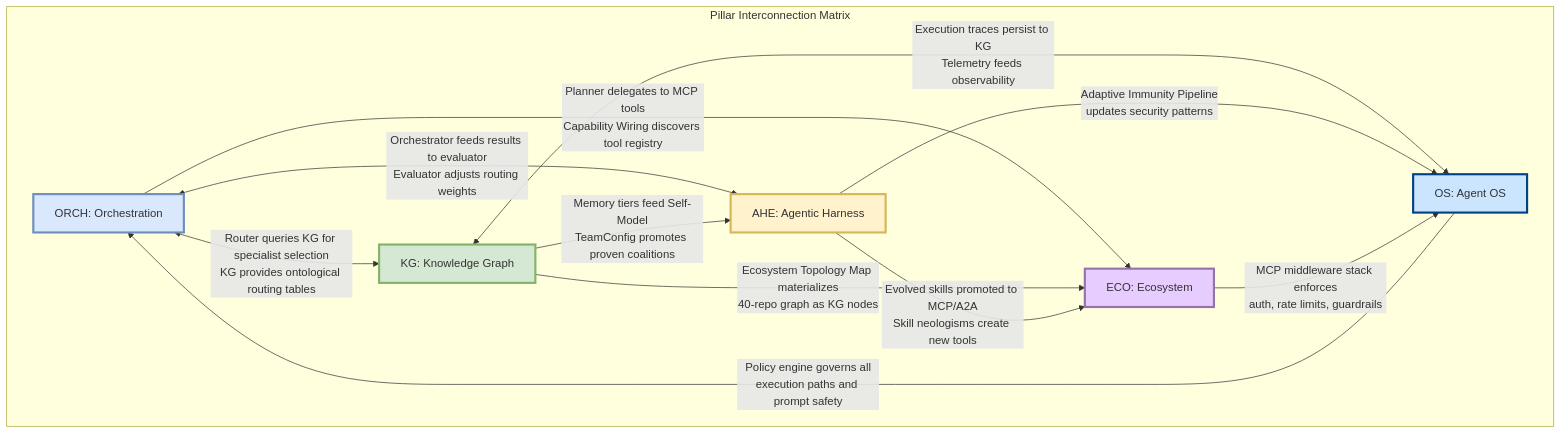
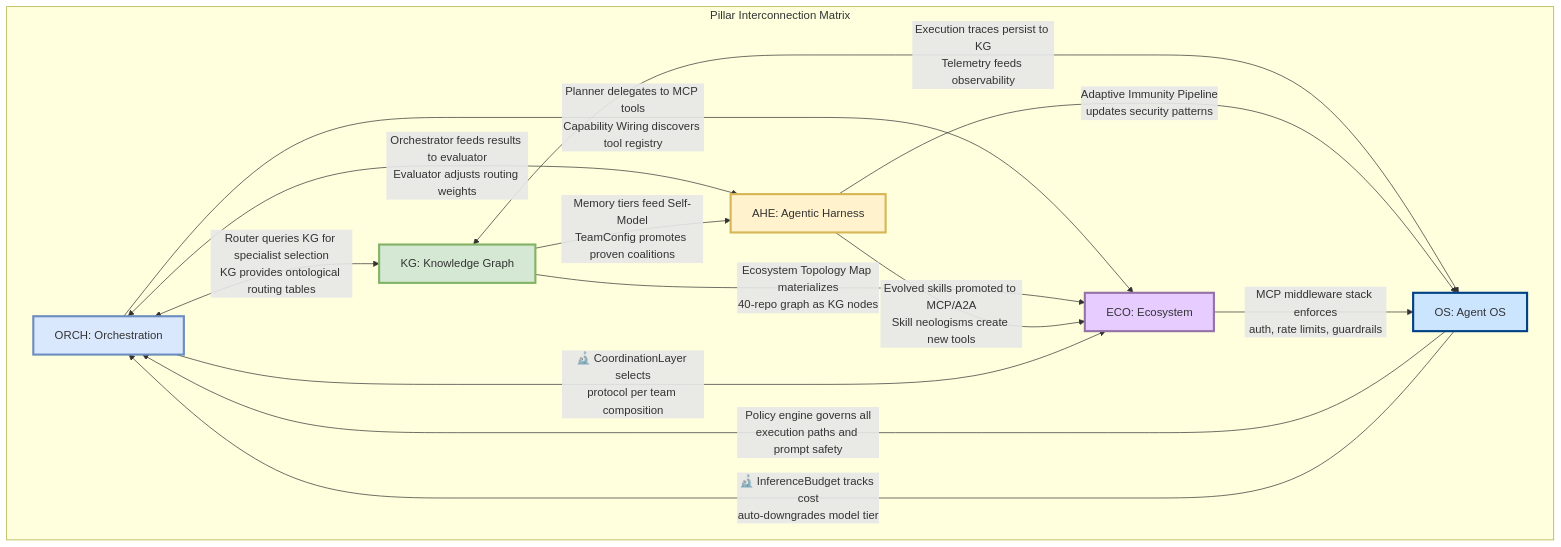
One commit to Knuckles-Team/agent-utilities changed the ninth of 9 diagrams in docs/pillars/architecture_c4.md. Above: the diagram before and after it, drawn with Mermaid. The commit also changed other lines of this file and 234 other files, not shown here.

````diff
--- a/docs/pillars/architecture_c4.md
+++ b/docs/pillars/architecture_c4.md
@@ -211,31 +269,33 @@
 ```mermaid
 graph TD
     subgraph "Pillar Interconnection Matrix"
         P1["ORCH: Orchestration"]
         P2["KG: Knowledge Graph"]
         P3["AHE: Agentic Harness"]
         P4["ECO: Ecosystem"]
         P5["OS: Agent OS"]
     end
 
     P1 <-->|"Router queries KG for specialist selection<br/>KG provides ontological routing tables"| P2
     P1 -->|"Planner delegates to MCP tools<br/>Capability Wiring discovers tool registry"| P4
     P1 <-->|"Orchestrator feeds results to evaluator<br/>Evaluator adjusts routing weights"| P3
 
     P2 -->|"Memory tiers feed Self-Model<br/>TeamConfig promotes proven coalitions"| P3
     P2 -->|"Ecosystem Topology Map materializes<br/>40-repo graph as KG nodes"| P4
     P2 <-->|"Execution traces persist to KG<br/>Telemetry feeds observability"| P5
 
     P3 -->|"Evolved skills promoted to MCP/A2A<br/>Skill neologisms create new tools"| P4
     P3 -->|"Adaptive Immunity Pipeline<br/>updates security patterns"| P5
 
     P4 -->|"MCP middleware stack enforces<br/>auth, rate limits, guardrails"| P5
 
     P5 -->|"Policy engine governs all<br/>execution paths and prompt safety"| P1
+    P5 -->|"🔬 InferenceBudget tracks cost<br/>auto-downgrades model tier"| P1
+    P1 -->|"🔬 CoordinationLayer selects<br/>protocol per team composition"| P4
 
     style P1 fill:#dae8fe,stroke:#6c8ebf,stroke-width:3px
     style P2 fill:#d5e8d4,stroke:#82b366,stroke-width:3px
     style P3 fill:#fff2cc,stroke:#d6b656,stroke-width:3px
     style P4 fill:#e6ccff,stroke:#9673a6,stroke-width:3px
     style P5 fill:#cce5ff,stroke:#004085,stroke-width:3px
 ```
````
